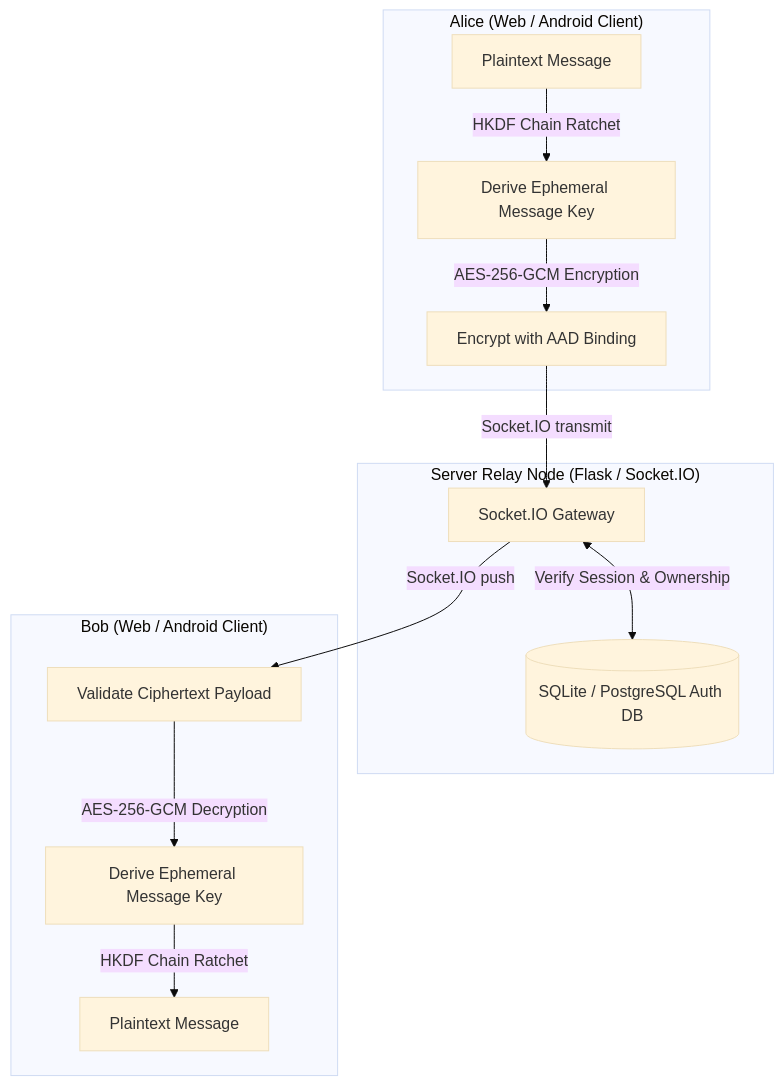
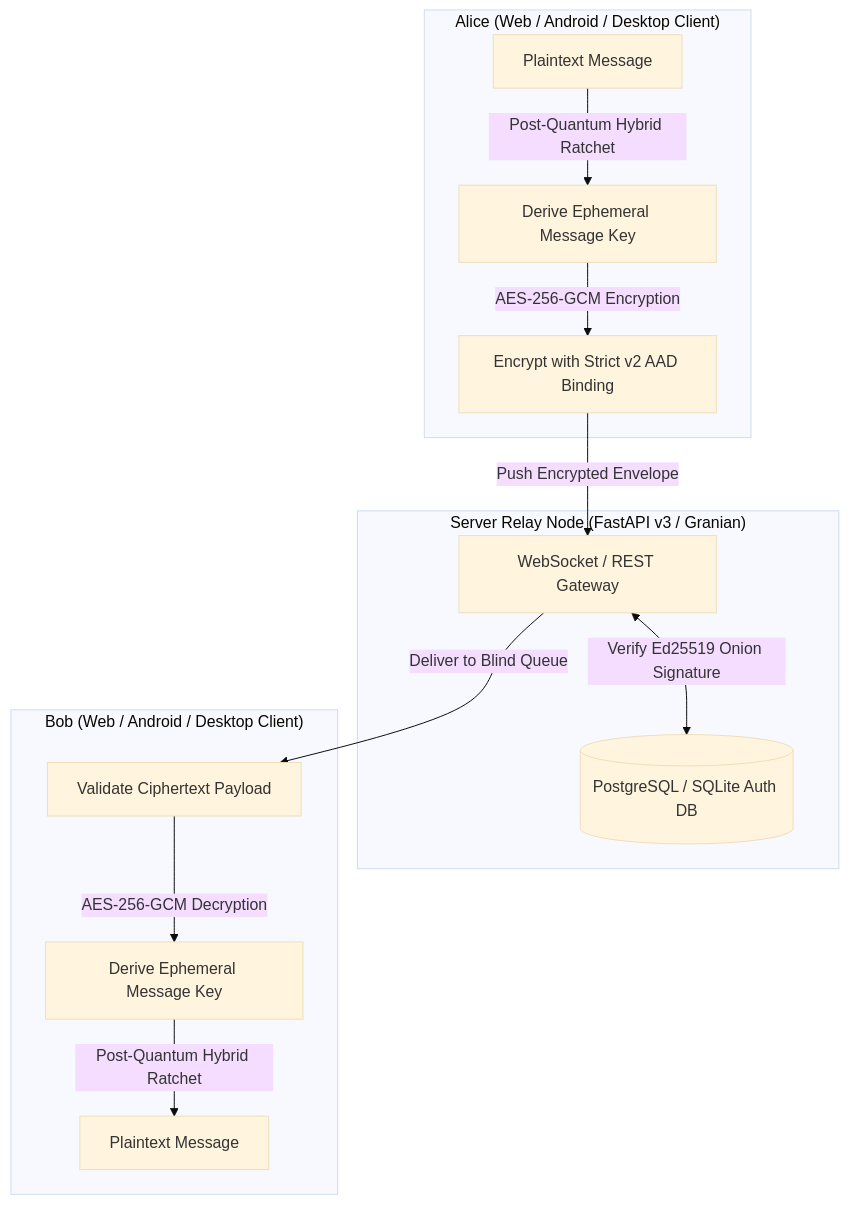
One commit to aryansinghnagar/AnonyMus changed the first of 2 diagrams in docs/architecture/overview.md. Above: the diagram before and after it, drawn with Mermaid (base theme). The commit also changed other lines of this file and 15 other files, not shown here.

First line of the commit message:
docs: declutter repository and synchronize documentation with v3 architecture

````diff
--- a/docs/architecture/overview.md
+++ b/docs/architecture/overview.md
@@ -16,21 +16,21 @@
 ```mermaid
 graph TD
-    subgraph "Alice (Web / Android Client)"
-        A1[Plaintext Message] -->|HKDF Chain Ratchet| A2[Derive Ephemeral Message Key]
-        A2 -->|AES-256-GCM Encryption| A3[Encrypt with AAD Binding]
+    subgraph "Alice (Web / Android / Desktop Client)"
+        A1[Plaintext Message] -->|Post-Quantum Hybrid Ratchet| A2[Derive Ephemeral Message Key]
+        A2 -->|AES-256-GCM Encryption| A3[Encrypt with Strict v2 AAD Binding]
     end
 
-    subgraph "Server Relay Node (Flask / Socket.IO)"
-        S1[Socket.IO Gateway]
-        S2[(SQLite / PostgreSQL Auth DB)]
-        S1 <-->|Verify Session & Ownership| S2
+    subgraph "Server Relay Node (FastAPI v3 / Granian)"
+        S1[WebSocket / REST Gateway]
+        S2[(PostgreSQL / SQLite Auth DB)]
+        S1 <-->|Verify Ed25519 Onion Signature| S2
     end
 
-    subgraph "Bob (Web / Android Client)"
+    subgraph "Bob (Web / Android / Desktop Client)"
         B3[Validate Ciphertext Payload] -->|AES-256-GCM Decryption| B2[Derive Ephemeral Message Key]
-        B2 -->|HKDF Chain Ratchet| B1[Plaintext Message]
+        B2 -->|Post-Quantum Hybrid Ratchet| B1[Plaintext Message]
     end
 
-    A3 -->|Socket.IO transmit| S1
-    S1 -->|Socket.IO push| B3
+    A3 -->|Push Encrypted Envelope| S1
+    S1 -->|Deliver to Blind Queue| B3
 ```
````
